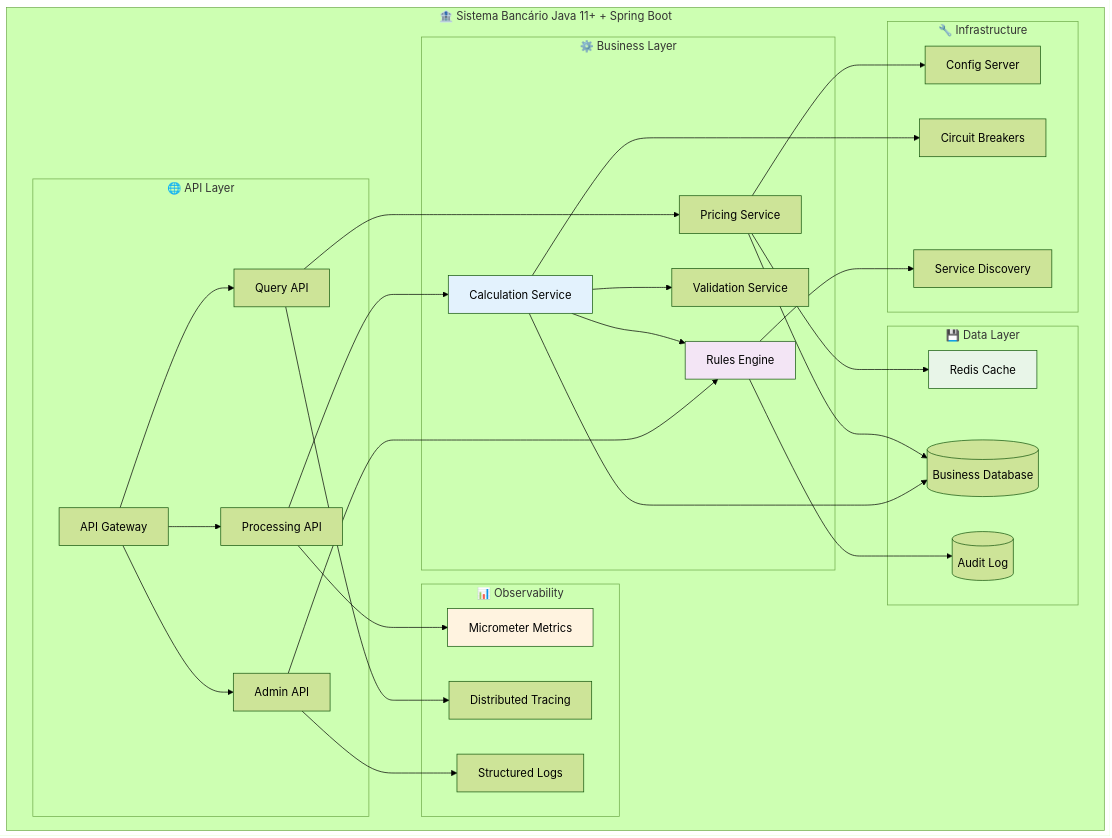
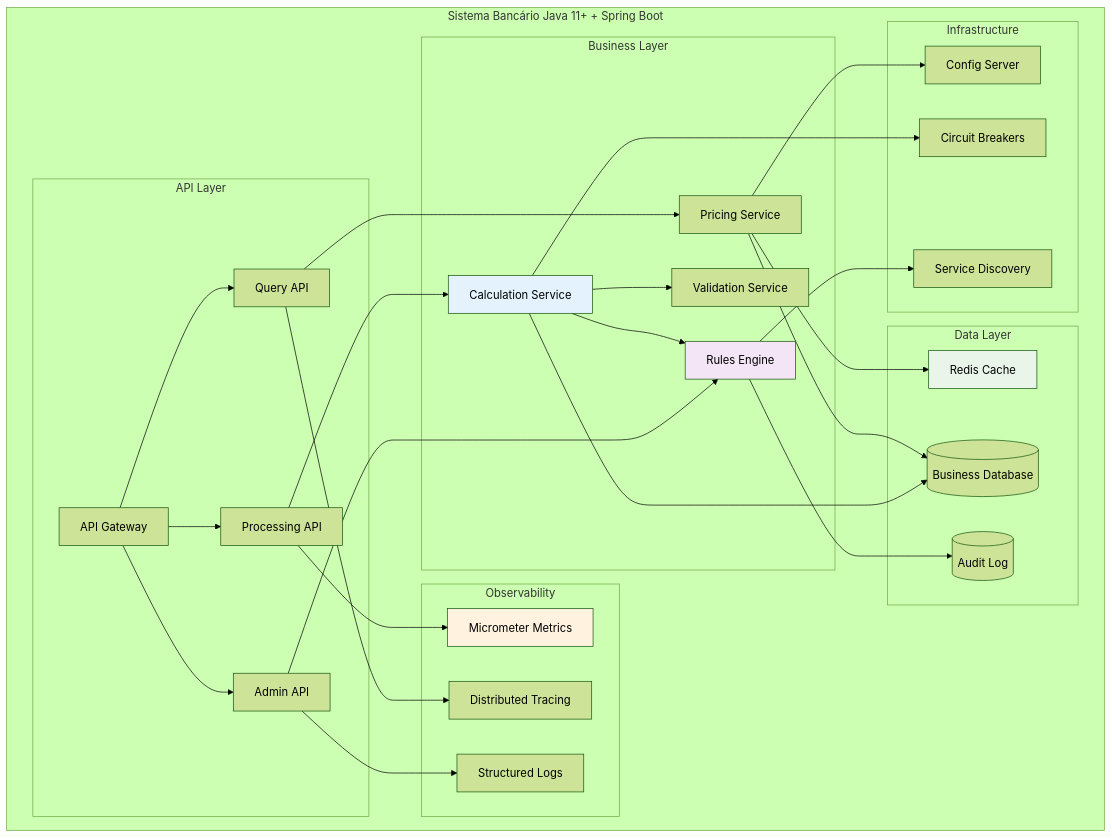
The diagram in src/content/blog/java11-spring-boot-sistema-tarifas.md (rafaelsdiasdev/rafaelsdias.dev), drawn with Mermaid (forest theme) before and after one commit. The commit also changed other lines of this file and 5 other files, not shown here.

````diff
--- a/src/content/blog/java11-spring-boot-sistema-tarifas.md
+++ b/src/content/blog/java11-spring-boot-sistema-tarifas.md
@@ -99,65 +99,65 @@
 ```mermaid
 flowchart TB
-    subgraph "🏦 Sistema Bancário Java 11+ + Spring Boot"
-        subgraph "🌐 API Layer"
+    subgraph "Sistema Bancário Java 11+ + Spring Boot"
+        subgraph "API Layer"
             GATEWAY[API Gateway]
             CALC_API[Processing API]
             QUERY_API[Query API]
             ADMIN_API[Admin API]
         end
         
-        subgraph "⚙️ Business Layer"
+        subgraph "Business Layer"
             CALC_SERVICE[Calculation Service]
             RULES_ENGINE[Rules Engine]
             PRICING_SERVICE[Pricing Service]
             VALIDATION[Validation Service]
         end
         
-        subgraph "💾 Data Layer"
+        subgraph "Data Layer"
             BUSINESS_DB[(Business Database)]
             CACHE[Redis Cache]
             AUDIT_LOG[(Audit Log)]
         end
         
-        subgraph "📊 Observability"
+        subgraph "Observability"
             METRICS[Micrometer Metrics]
             TRACING[Distributed Tracing]
             LOGS[Structured Logs]
         end
         
-        subgraph "🔧 Infrastructure"
+        subgraph "Infrastructure"
             CONFIG[Config Server]
             DISCOVERY[Service Discovery]
             CIRCUIT_BREAKER[Circuit Breakers]
         end
     end
     
     GATEWAY --> CALC_API
     GATEWAY --> QUERY_API
     GATEWAY --> ADMIN_API
     
     CALC_API --> CALC_SERVICE
     QUERY_API --> PRICING_SERVICE
     ADMIN_API --> RULES_ENGINE
     
     CALC_SERVICE --> RULES_ENGINE
     CALC_SERVICE --> VALIDATION
     PRICING_SERVICE --> CACHE
     
     CALC_SERVICE --> BUSINESS_DB
     PRICING_SERVICE --> BUSINESS_DB
     RULES_ENGINE --> AUDIT_LOG
     
     CALC_API --> METRICS
     QUERY_API --> TRACING
     ADMIN_API --> LOGS
     
     CALC_SERVICE --> CIRCUIT_BREAKER
     PRICING_SERVICE --> CONFIG
     RULES_ENGINE --> DISCOVERY
     
     style CALC_SERVICE fill:#e3f2fd
     style RULES_ENGINE fill:#f3e5f5
     style CACHE fill:#e8f5e8
     style METRICS fill:#fff3e0
 ```
````
